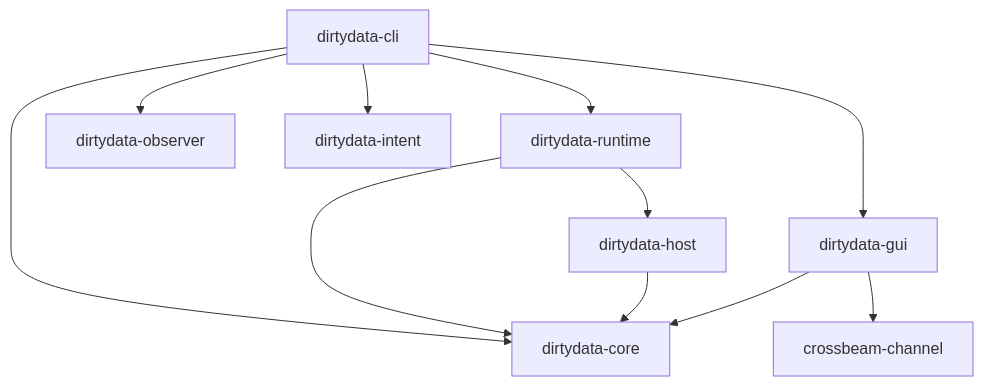
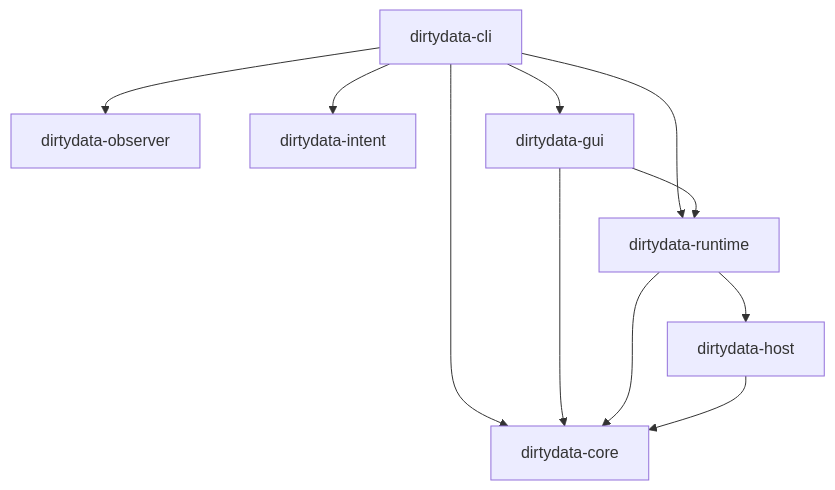
One commit to Yasuno-5555/DirtyRack changed the diagram in docs/architecture.md. Above: the diagram before and after it, drawn with Mermaid. The commit also changed other lines of this file and 2 other files, not shown here.

Commit message:
Update documentation to reflect Phase 11-14 features (Polyphony, Sequencer, State Preservation, Workbench)

````diff
--- a/docs/architecture.md
+++ b/docs/architecture.md
@@ -59,16 +88,16 @@
 ```mermaid
 graph TD
     CLI[dirtydata-cli] --> Core[dirtydata-core]
     CLI --> Observer[dirtydata-observer]
     CLI --> Intent[dirtydata-intent]
     CLI --> Runtime[dirtydata-runtime]
     CLI --> GUI[dirtydata-gui]
     
     GUI --> Core
-    GUI --> Crossbeam[crossbeam-channel]
+    GUI --> Runtime
     
     Runtime --> Core
     Runtime --> Host[dirtydata-host]
     
     Host --> Core
 ```
````
